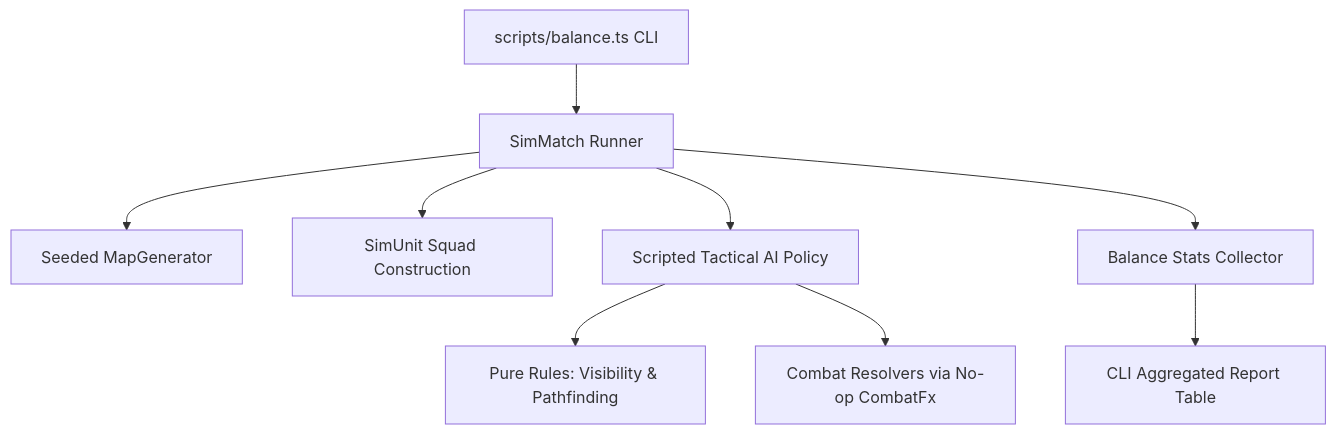
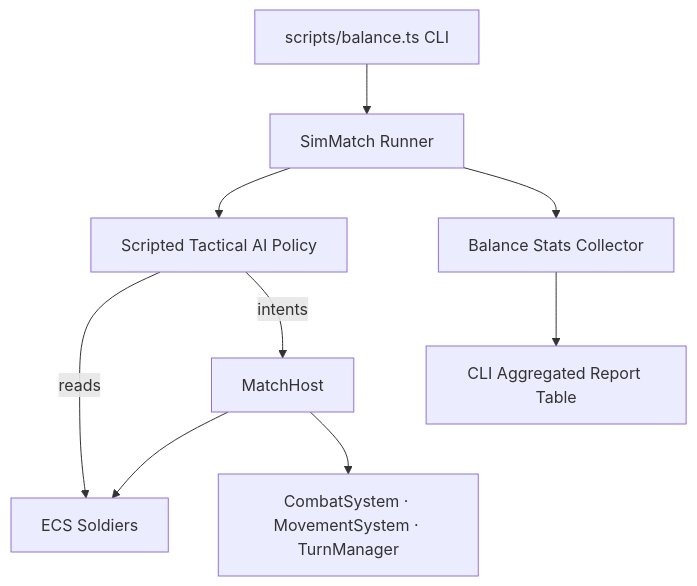
The diagram in docs/architecture/headless-sim.md (lordvlad/tictac), drawn with Mermaid before and after one commit. The commit also changed other lines of this file and 15 other files, not shown here.

First line of the commit message:
One engine: the sweep drives MatchHost (ITEM-030)

````diff
--- a/docs/architecture/headless-sim.md
+++ b/docs/architecture/headless-sim.md
@@ -22,11 +22,11 @@
 ```mermaid
 graph TD
     A[scripts/balance.ts CLI] --> B[SimMatch Runner]
-    B --> C[Seeded MapGenerator]
-    B --> D[SimUnit Squad Construction]
     B --> E[Scripted Tactical AI Policy]
-    E --> F[Pure Rules: Visibility & Pathfinding]
-    E --> G[Combat Resolvers via No-op CombatFx]
+    E -->|reads| D[ECS Soldiers]
+    E -->|intents| M[MatchHost]
+    M --> D
+    M --> G[CombatSystem · MovementSystem · TurnManager]
     B --> H[Balance Stats Collector]
     H --> I[CLI Aggregated Report Table]
 ```
````
